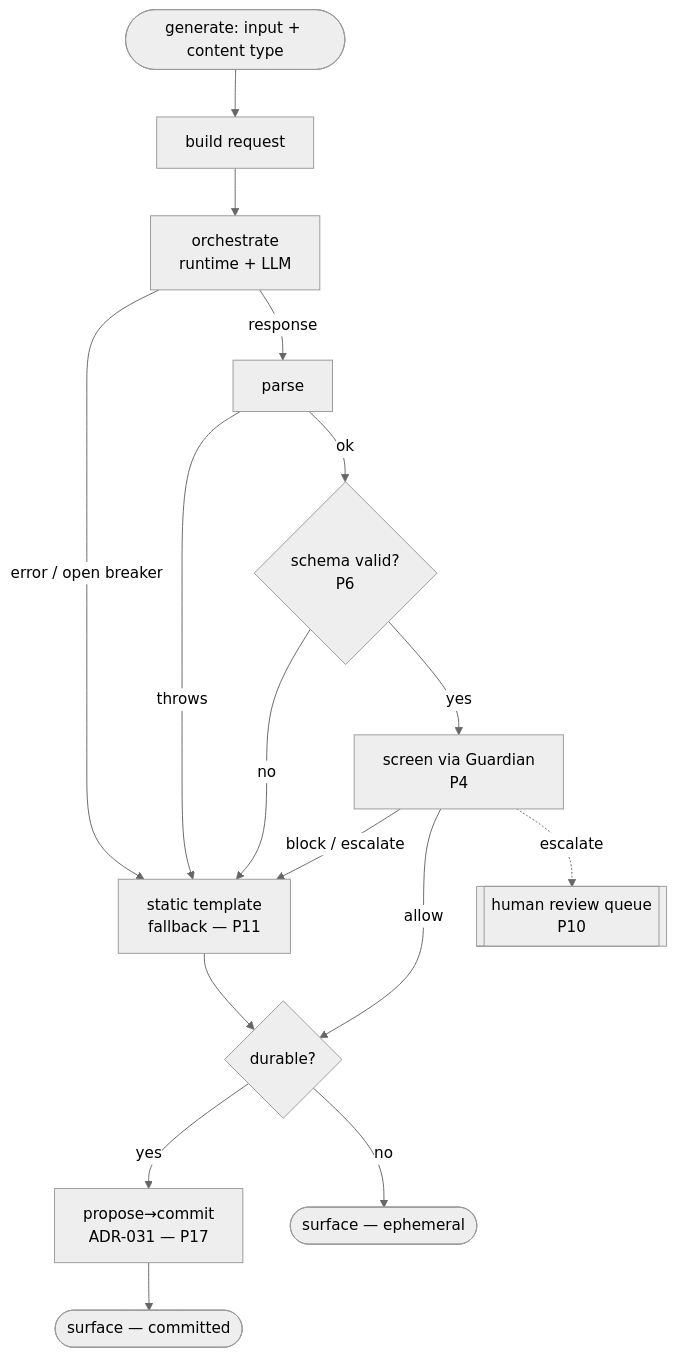
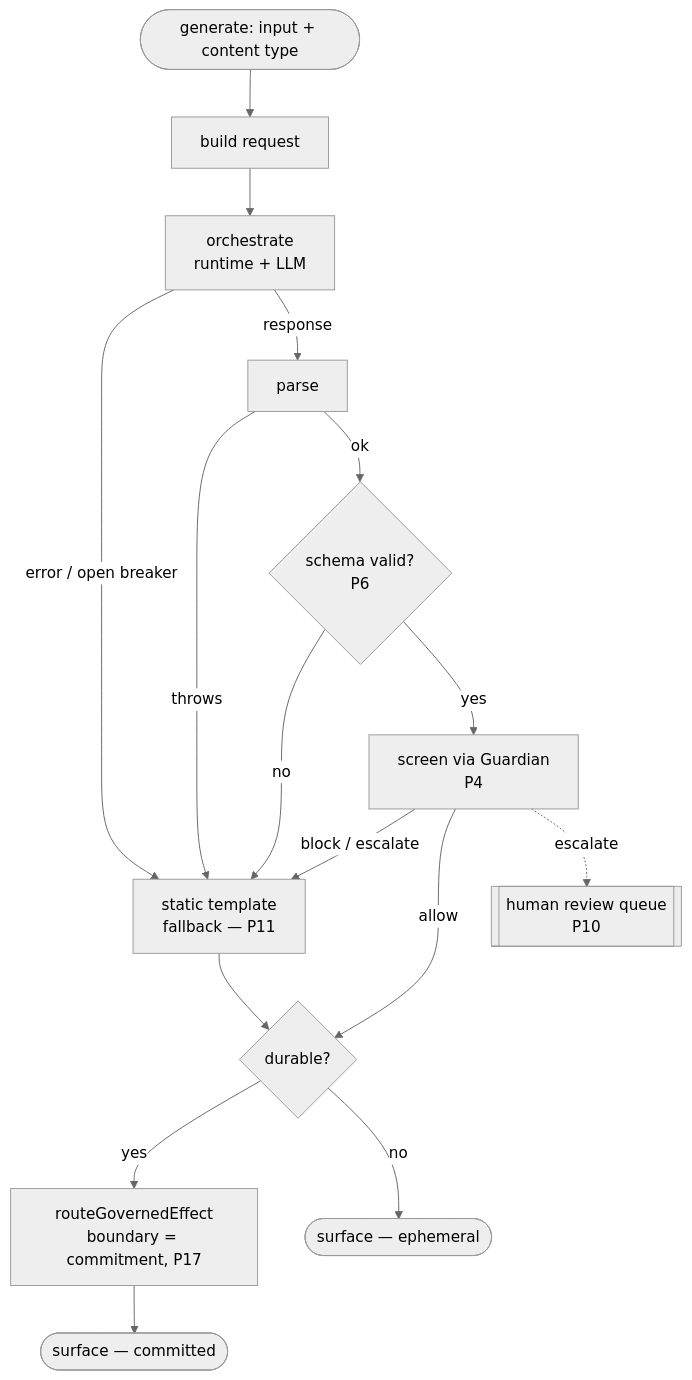
One commit to Datankare/platform-foundation changed the second of 6 diagrams in docs/adr/ADR-037-content-generation-framework.md. Above: the diagram before and after it, drawn with Mermaid (neutral theme). The commit also changed other lines of this file, not shown here.

First line of the commit message:
docs(adr-037): record the surfacing design — governed effect + shared router

````diff
--- a/docs/adr/ADR-037-content-generation-framework.md
+++ b/docs/adr/ADR-037-content-generation-framework.md
@@ -96,19 +98,19 @@
 ```mermaid
 graph TD
     A([generate: input + content type]) --> B[build request]
     B --> C[orchestrate<br/>runtime + LLM]
     C -->|error / open breaker| F[static template<br/>fallback — P11]
     C -->|response| D[parse]
     D -->|throws| F
     D -->|ok| E{schema valid?<br/>P6}
     E -->|no| F
     E -->|yes| G[screen via Guardian<br/>P4]
     G -->|block / escalate| F
     G -->|allow| H{durable?}
     F --> H
-    H -->|yes| I[propose→commit<br/>ADR-031 — P17]
+    H -->|yes| I[routeGovernedEffect<br/>boundary = commitment, P17]
     H -->|no| J([surface — ephemeral])
     I --> K([surface — committed])
 
     G -. escalate .-> RQ[[human review queue<br/>P10]]
 ```
````
